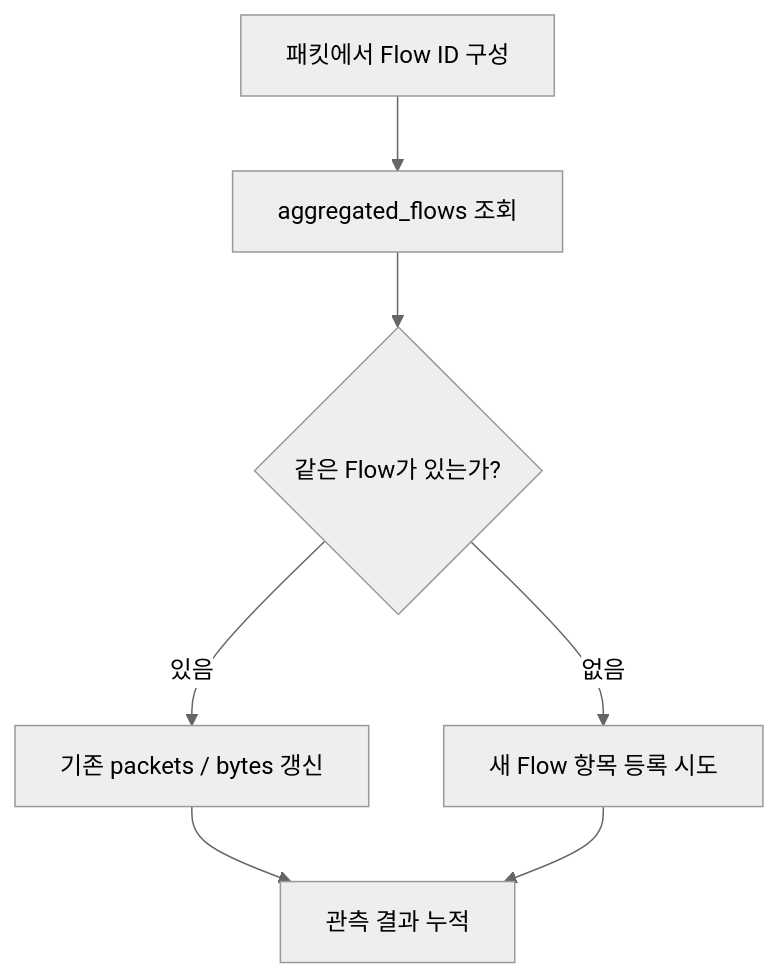
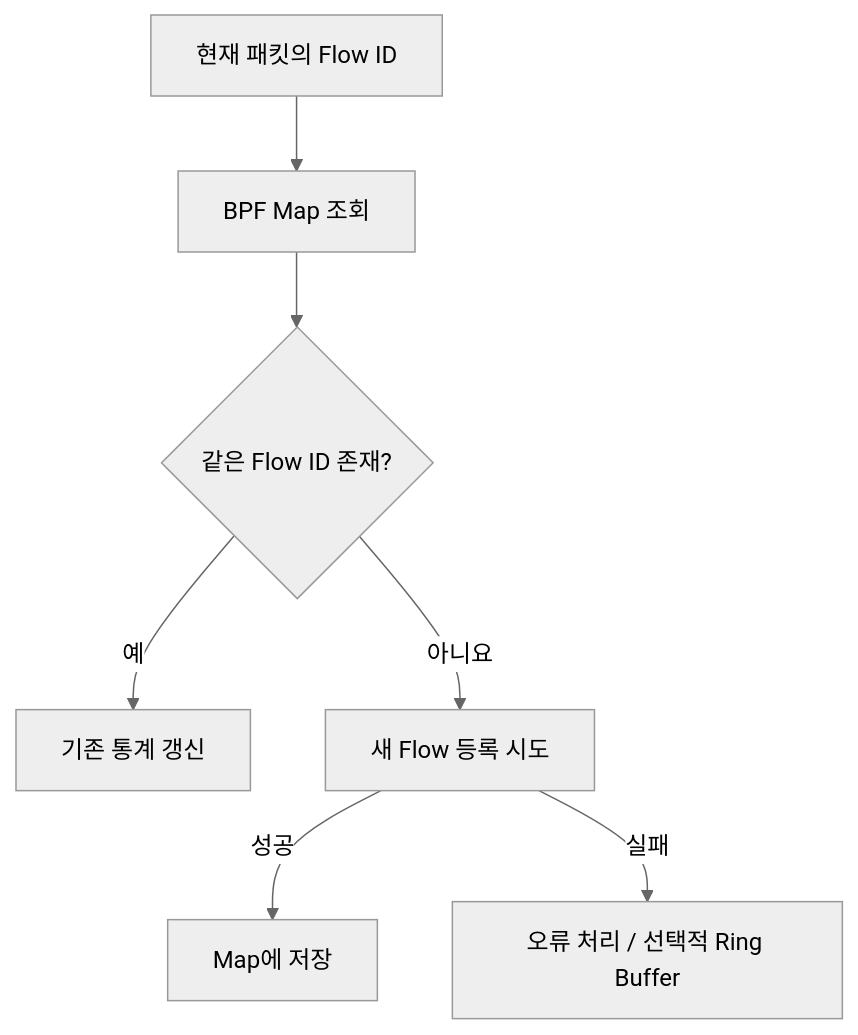
One commit to eunbyul2/eunbyul2.github.io changed the third of 4 diagrams in _posts/study-Learning_ebpf/2026-10-17-OpenSource-NetObserv.md. Above: the diagram before and after it, drawn with Mermaid (neutral theme). The commit also changed other lines of this file, not shown here.

````diff
--- a/_posts/study-Learning_ebpf/2026-10-17-OpenSource-NetObserv.md
+++ b/_posts/study-Learning_ebpf/2026-10-17-OpenSource-NetObserv.md
@@ -146,9 +179,9 @@
 ```mermaid
 flowchart TD
-    A[패킷에서 Flow ID 구성] --> B[aggregated_flows 조회]
-    B --> C{같은 Flow가 있는가?}
-    C -->|있음| D[기존 packets / bytes 갱신]
-    C -->|없음| E[새 Flow 항목 등록 시도]
-    D --> F[관측 결과 누적]
-    E --> F
+    A["현재 패킷의 Flow ID"] --> B["BPF Map 조회"]
+    B --> C{"같은 Flow ID 존재?"}
+    C -->|예| D["기존 통계 갱신"]
+    C -->|아니요| E["새 Flow 등록 시도"]
+    E -->|성공| F["Map에 저장"]
+    E -->|실패| G["오류 처리 / 선택적 Ring Buffer"]
 ```
````
